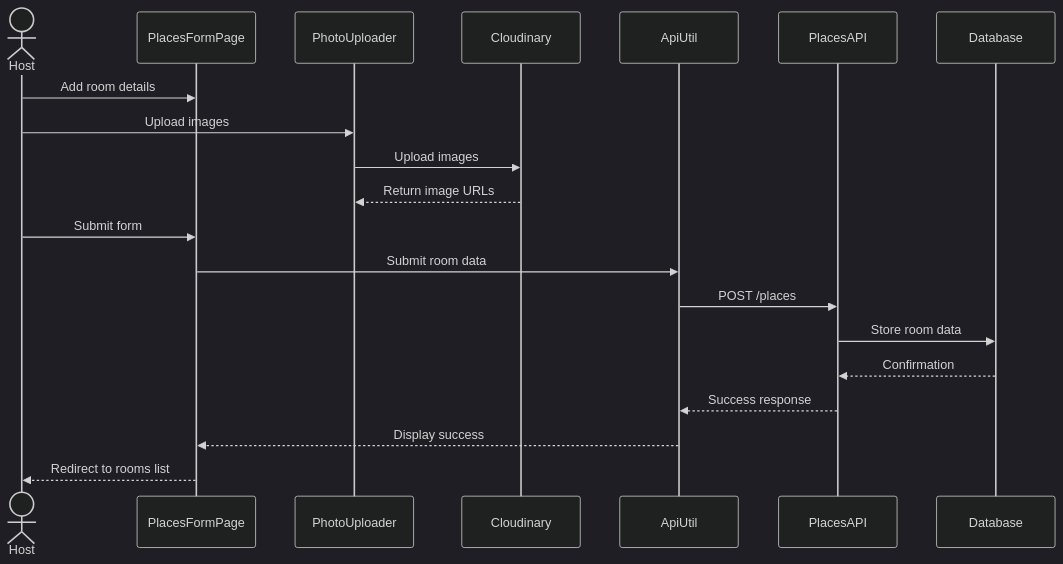
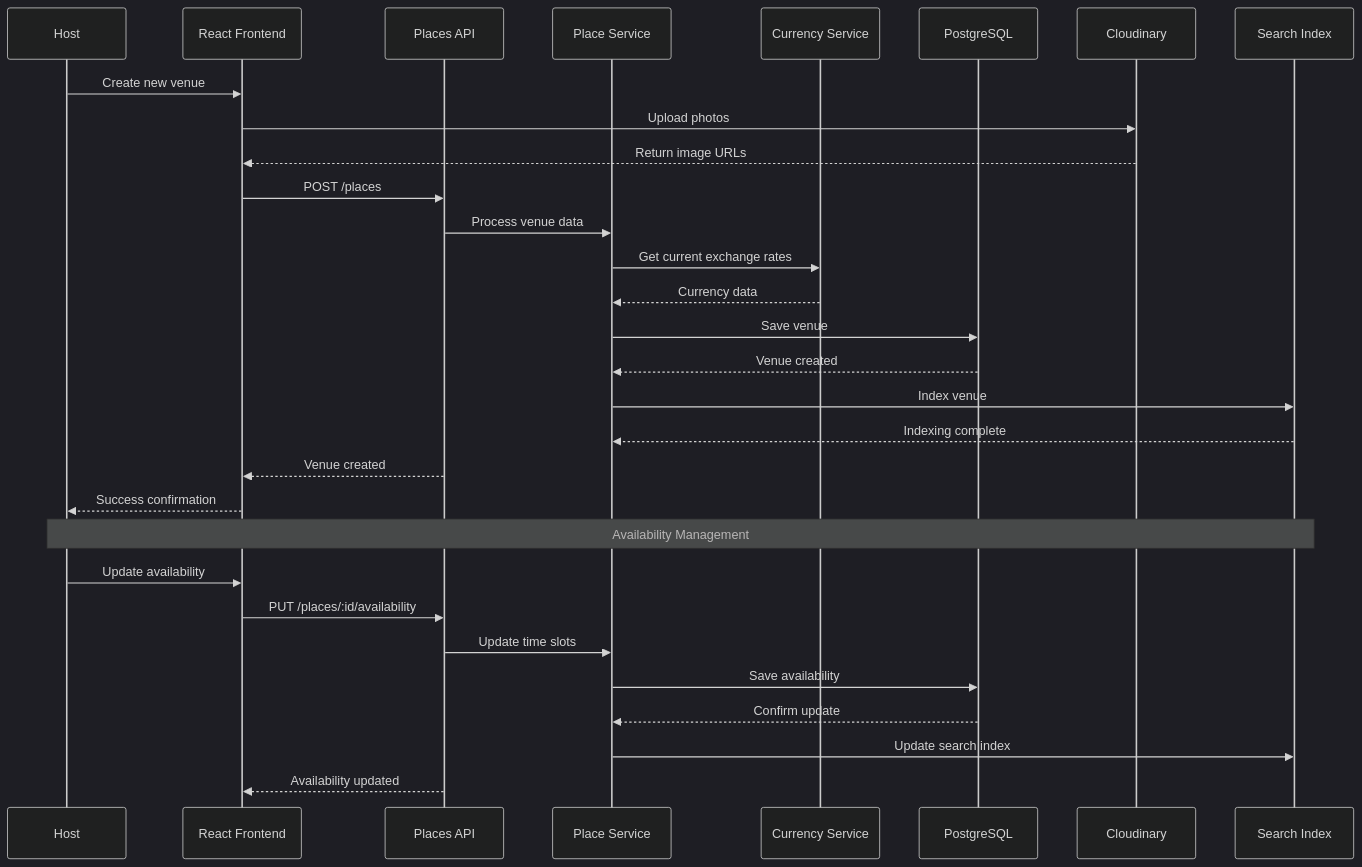
Before and after one commit to ConfHubTeam/ConferenceHub: the seventh of 9 diagrams in README.md, drawn with Mermaid (dark theme). The commit also changed other lines of this file and 3 other files, not shown here.

````diff
--- a/README.md
+++ b/README.md
@@ -157,23 +444,35 @@
 ```mermaid
 sequenceDiagram
-    actor Host
-    participant PlacesFormPage
-    participant PhotoUploader
-    participant Cloudinary
-    participant ApiUtil
-    participant PlacesAPI
-    participant Database
+    participant H as Host
+    participant UI as React Frontend
+    participant API as Places API
+    participant PS as Place Service
+    participant CS as Currency Service
+    participant DB as PostgreSQL
+    participant CDN as Cloudinary
+    participant Search as Search Index
     
-    Host->>PlacesFormPage: Add room details
-    Host->>PhotoUploader: Upload images
-    PhotoUploader->>Cloudinary: Upload images
-    Cloudinary-->>PhotoUploader: Return image URLs
-    Host->>PlacesFormPage: Submit form
-    PlacesFormPage->>ApiUtil: Submit room data
-    ApiUtil->>PlacesAPI: POST /places
-    PlacesAPI->>Database: Store room data
-    Database-->>PlacesAPI: Confirmation
-    PlacesAPI-->>ApiUtil: Success response
-    ApiUtil-->>PlacesFormPage: Display success
-    PlacesFormPage-->>Host: Redirect to rooms list
+    H->>UI: Create new venue
+    UI->>CDN: Upload photos
+    CDN-->>UI: Return image URLs
+    
+    UI->>API: POST /places
+    API->>PS: Process venue data
+    PS->>CS: Get current exchange rates
+    CS-->>PS: Currency data
+    PS->>DB: Save venue
+    DB-->>PS: Venue created
+    PS->>Search: Index venue
+    Search-->>PS: Indexing complete
+    API-->>UI: Venue created
+    UI-->>H: Success confirmation
+    
+    Note over H,Search: Availability Management
+    H->>UI: Update availability
+    UI->>API: PUT /places/:id/availability
+    API->>PS: Update time slots
+    PS->>DB: Save availability
+    DB-->>PS: Confirm update
+    PS->>Search: Update search index
+    API-->>UI: Availability updated
 ```
````
